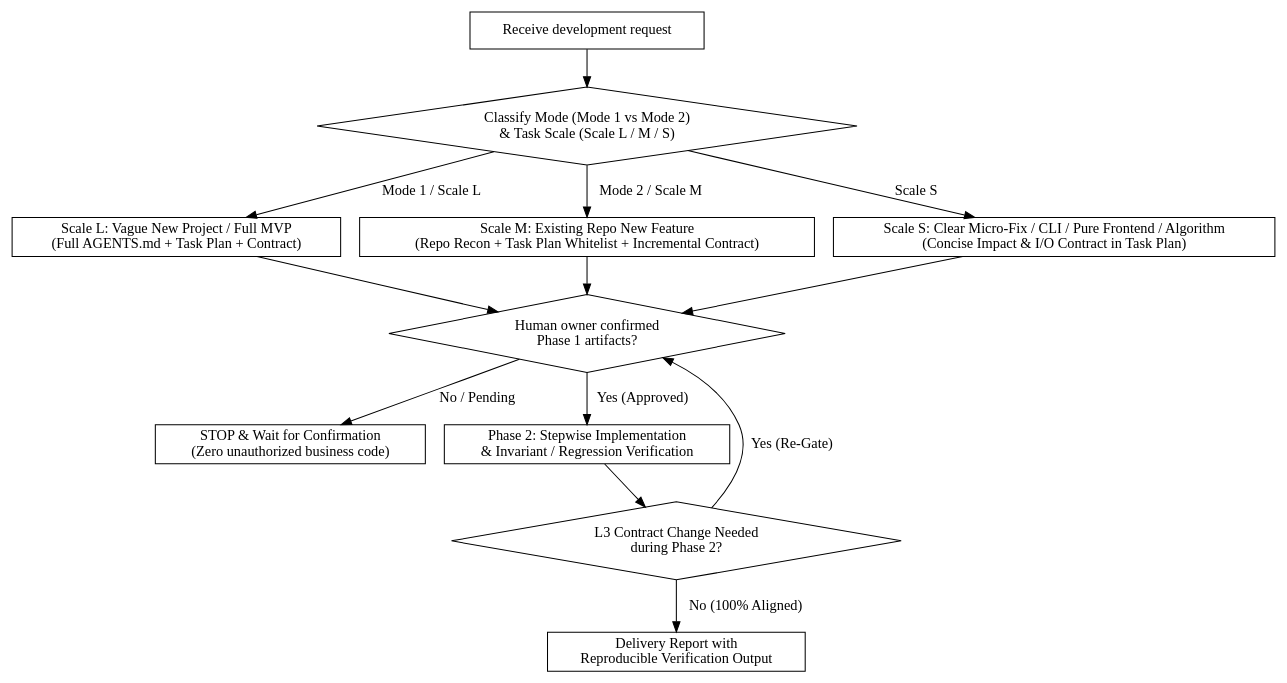
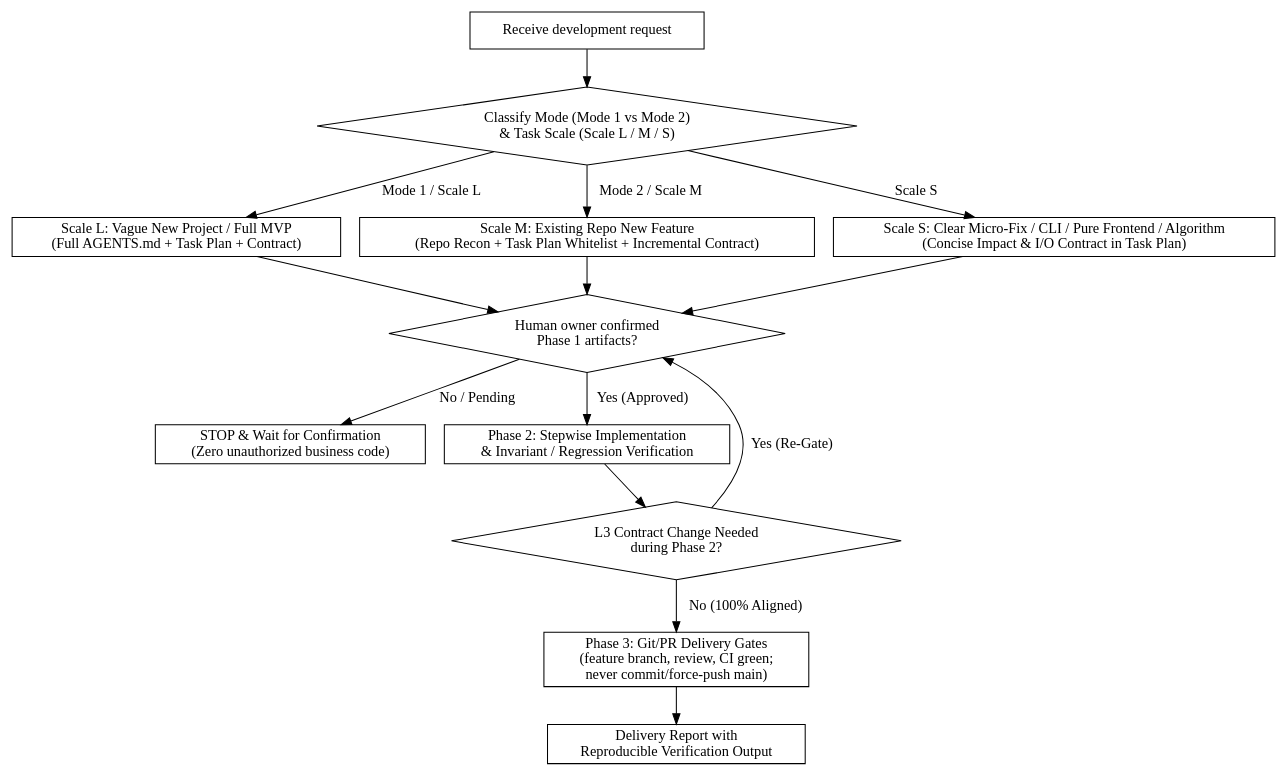
Before and after one commit to WaterProMax/dev-skill: the diagram in SKILL.md, drawn with Graphviz. The commit also changed other lines of this file and 15 other files, not shown here.

First line of the commit message:
feat(v1.3.0): add Phase 3 git delivery gates and generalize invariants

````diff
--- a/SKILL.md
+++ b/SKILL.md
@@ -27,28 +28,30 @@
 ```dot
 digraph dev_skill_flow {
     rankdir=TB;
     "Receive development request" [shape=box];
     "Classify Mode (Mode 1 vs Mode 2)\n& Task Scale (Scale L / M / S)" [shape=diamond];
     "Scale L: Vague New Project / Full MVP\n(Full AGENTS.md + Task Plan + Contract)" [shape=box];
     "Scale M: Existing Repo New Feature\n(Repo Recon + Task Plan Whitelist + Incremental Contract)" [shape=box];
     "Scale S: Clear Micro-Fix / CLI / Pure Frontend / Algorithm\n(Concise Impact & I/O Contract in Task Plan)" [shape=box];
     "Human owner confirmed\nPhase 1 artifacts?" [shape=diamond];
     "STOP & Wait for Confirmation\n(Zero unauthorized business code)" [shape=box];
     "Phase 2: Stepwise Implementation\n& Invariant / Regression Verification" [shape=box];
     "L3 Contract Change Needed\nduring Phase 2?" [shape=diamond];
+    "Phase 3: Git/PR Delivery Gates\n(feature branch, review, CI green;\nnever commit/force-push main)" [shape=box];
     "Delivery Report with\nReproducible Verification Output" [shape=box];
 
     "Receive development request" -> "Classify Mode (Mode 1 vs Mode 2)\n& Task Scale (Scale L / M / S)";
     "Classify Mode (Mode 1 vs Mode 2)\n& Task Scale (Scale L / M / S)" -> "Scale L: Vague New Project / Full MVP\n(Full AGENTS.md + Task Plan + Contract)" [label="Mode 1 / Scale L"];
     "Classify Mode (Mode 1 vs Mode 2)\n& Task Scale (Scale L / M / S)" -> "Scale M: Existing Repo New Feature\n(Repo Recon + Task Plan Whitelist + Incremental Contract)" [label="Mode 2 / Scale M"];
     "Classify Mode (Mode 1 vs Mode 2)\n& Task Scale (Scale L / M / S)" -> "Scale S: Clear Micro-Fix / CLI / Pure Frontend / Algorithm\n(Concise Impact & I/O Contract in Task Plan)" [label="Scale S"];
     "Scale L: Vague New Project / Full MVP\n(Full AGENTS.md + Task Plan + Contract)" -> "Human owner confirmed\nPhase 1 artifacts?";
     "Scale M: Existing Repo New Feature\n(Repo Recon + Task Plan Whitelist + Incremental Contract)" -> "Human owner confirmed\nPhase 1 artifacts?";
     "Scale S: Clear Micro-Fix / CLI / Pure Frontend / Algorithm\n(Concise Impact & I/O Contract in Task Plan)" -> "Human owner confirmed\nPhase 1 artifacts?";
     "Human owner confirmed\nPhase 1 artifacts?" -> "STOP & Wait for Confirmation\n(Zero unauthorized business code)" [label="No / Pending"];
     "Human owner confirmed\nPhase 1 artifacts?" -> "Phase 2: Stepwise Implementation\n& Invariant / Regression Verification" [label="Yes (Approved)"];
     "Phase 2: Stepwise Implementation\n& Invariant / Regression Verification" -> "L3 Contract Change Needed\nduring Phase 2?";
     "L3 Contract Change Needed\nduring Phase 2?" -> "Human owner confirmed\nPhase 1 artifacts?" [label="Yes (Re-Gate)"];
-    "L3 Contract Change Needed\nduring Phase 2?" -> "Delivery Report with\nReproducible Verification Output" [label="No (100% Aligned)"];
+    "L3 Contract Change Needed\nduring Phase 2?" -> "Phase 3: Git/PR Delivery Gates\n(feature branch, review, CI green;\nnever commit/force-push main)" [label="No (100% Aligned)"];
+    "Phase 3: Git/PR Delivery Gates\n(feature branch, review, CI green;\nnever commit/force-push main)" -> "Delivery Report with\nReproducible Verification Output";
 }
 ```
````
